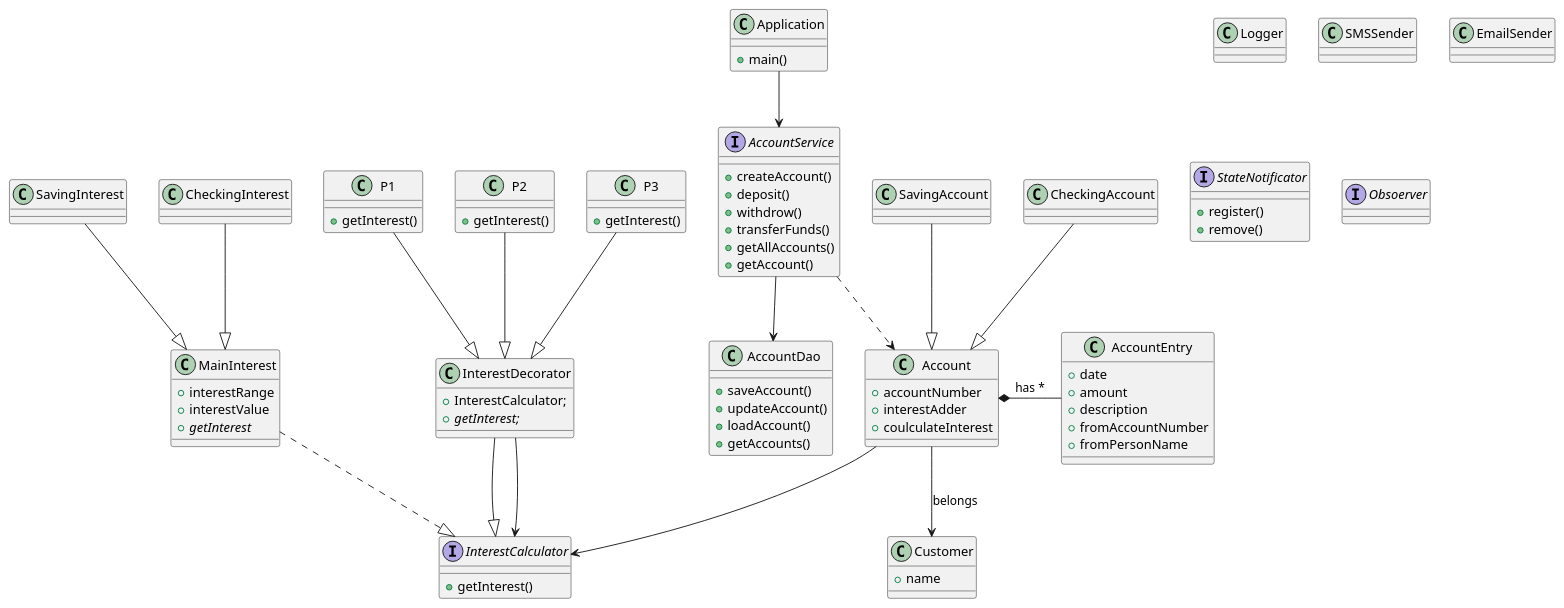
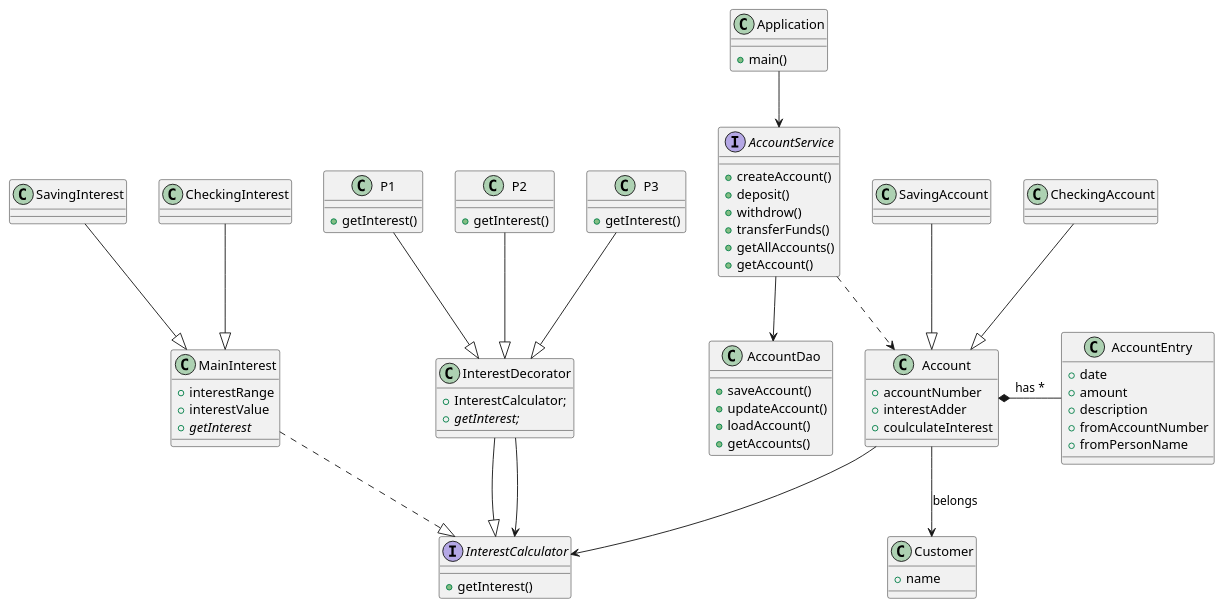
One commit to kgapparov/ASD changed the diagram in src/main/java/edu/mum/cs/cs525/labs/lab3/ClassUML.puml. Above: the diagram before and after it, drawn with PlantUML. The commit also changed 8 other files, not shown here.

```diff
--- a/src/main/java/edu/mum/cs/cs525/labs/lab3/ClassUML.puml
+++ b/src/main/java/edu/mum/cs/cs525/labs/lab3/ClassUML.puml
@@ -1,91 +1,83 @@
 @startuml
 class Application{
     +main()
 }
 interface AccountService{
     +createAccount()
     +deposit()
     +withdrow()
     +transferFunds()
     +getAllAccounts()
     +getAccount()
 }
 class AccountDao{
     +saveAccount()
     +updateAccount()
     +loadAccount()
     +getAccounts()
 }
 class Account{
     +accountNumber
     +interestAdder
     +coulculateInterest
 }
 
 class SavingAccount
 class CheckingAccount
 class Customer {
     +name
 }
 
 class AccountEntry {
     +date
     +amount
     +description
     +fromAccountNumber
     +fromPersonName
 }
 'Adding interest interface
 interface InterestCalculator {
     +getInterest()
 }
 
 class MainInterest{
     +interestRange
     +interestValue
     +{abstract}getInterest
 }
 class InterestDecorator{
     +InterestCalculator;
     +{abstract}getInterest;
 }
 InterestDecorator --|> InterestCalculator
 InterestDecorator --> InterestCalculator
 class P1 {
     +getInterest()
 }
 class P2{
             +getInterest()
         }
 class P3{
             +getInterest()
         }
 P1 --|> InterestDecorator
 P2 --|> InterestDecorator
 P3 --|> InterestDecorator
 
 class SavingInterest {
 }
 class CheckingInterest {
 }
-class Logger{}
-class SMSSender{}
-class EmailSender{}
-interface StateNotificator {
-    +register()
-    +remove()
-}
-interface Obsoerver{}
 Application --> AccountService
 AccountService --> AccountDao
 AccountService ..> Account
 Account --> Customer : belongs
 Account *- AccountEntry: has *
 SavingAccount --|> Account
 CheckingAccount --|> Account
 MainInterest ..|> InterestCalculator
 CheckingInterest --|> MainInterest
 SavingInterest --|> MainInterest
 Account --> InterestCalculator
 
 @enduml
```
